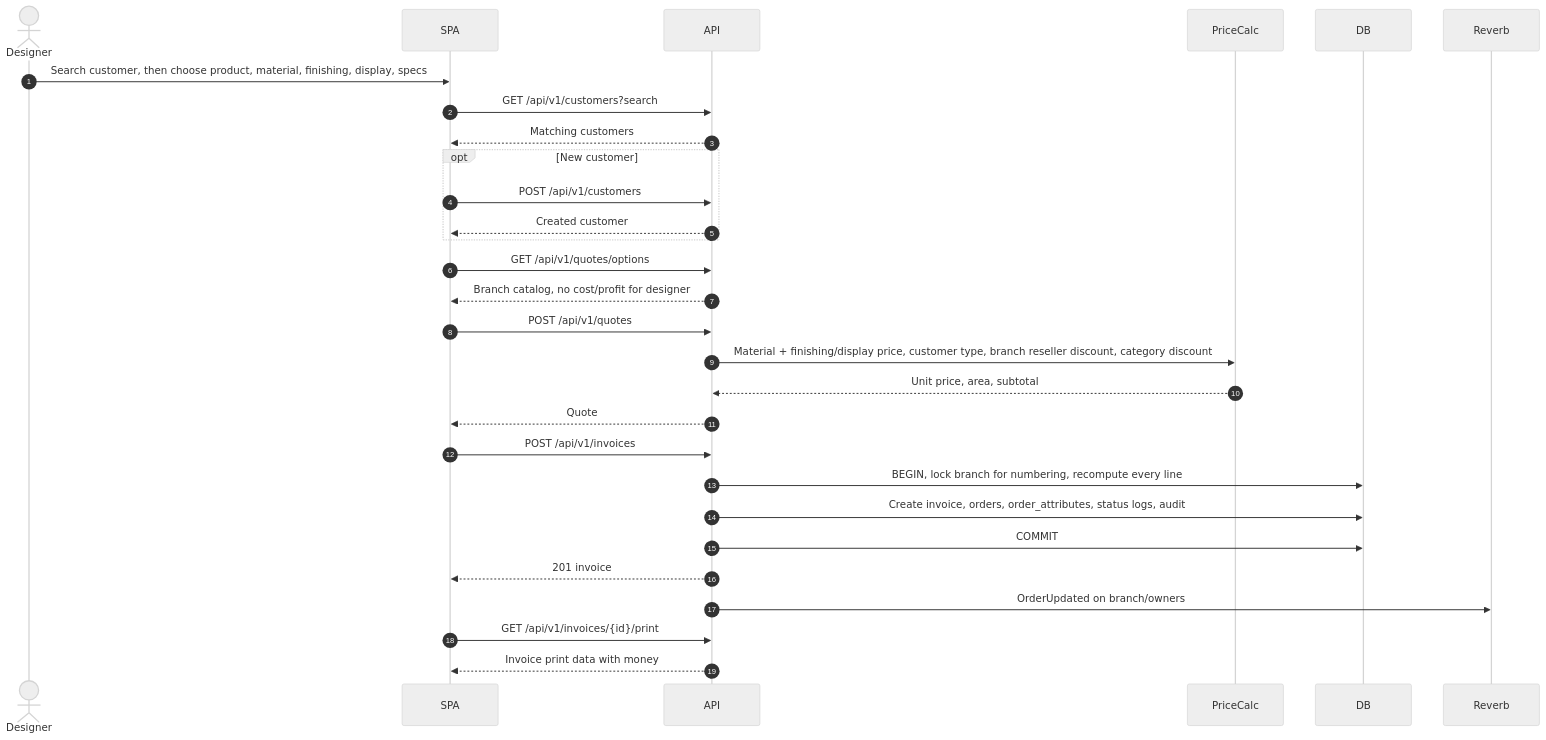
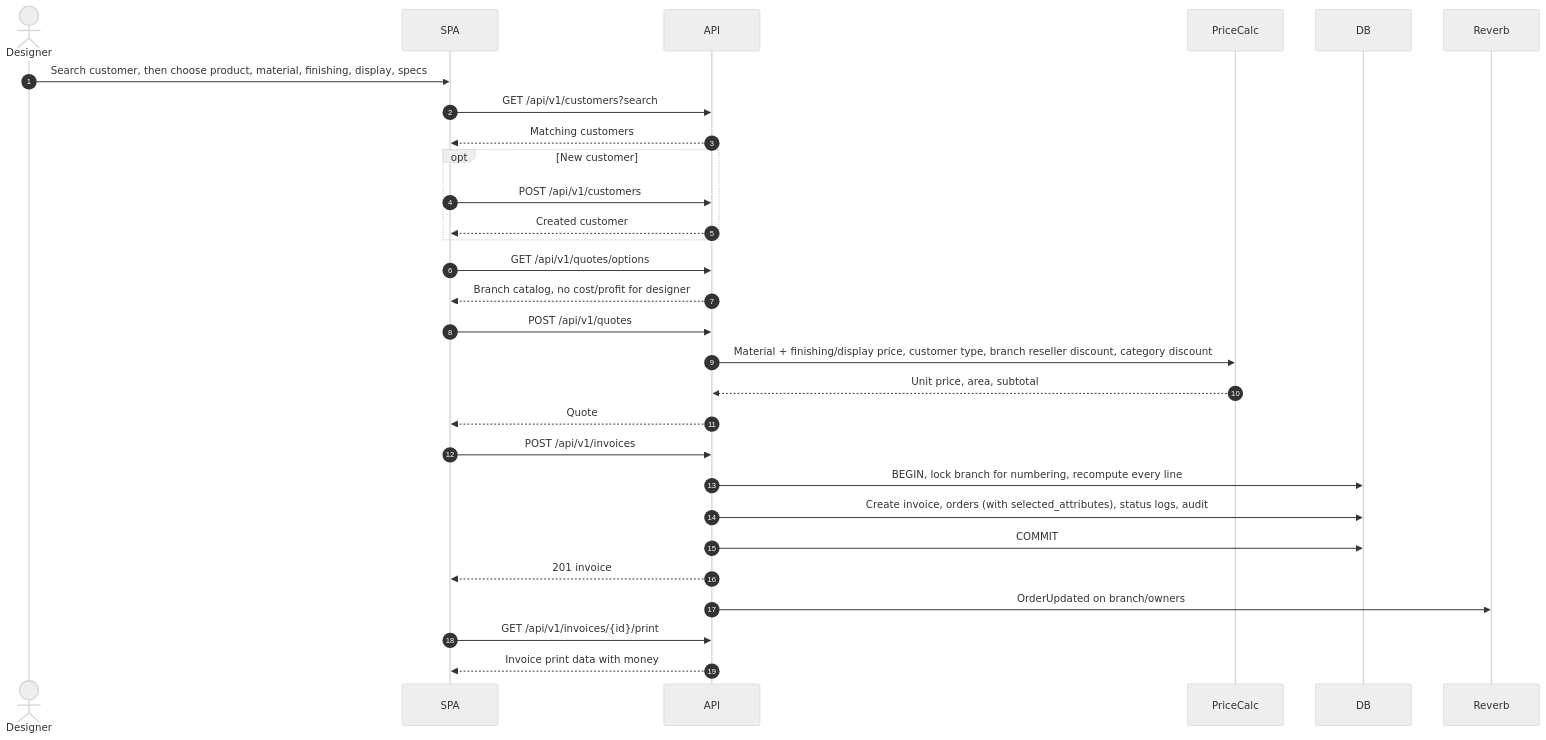
Before and after one commit to Arukast/pos_alja: the fifth of 22 diagrams in docs/architecture/sequence-diagrams.md, drawn with Mermaid (neutral theme). The commit also changed other lines of this file and 16 other files, not shown here.

````diff
--- a/docs/architecture/sequence-diagrams.md
+++ b/docs/architecture/sequence-diagrams.md
@@ -112,32 +112,32 @@
 ```mermaid
 sequenceDiagram
     autonumber
     actor D as Designer
     participant SPA
     participant API
     participant PriceCalc
     participant DB
     participant R as Reverb
 
     D->>SPA: Search customer, then choose product, material, finishing, display, specs
     SPA->>API: GET /api/v1/customers?search
     API-->>SPA: Matching customers
     opt New customer
         SPA->>API: POST /api/v1/customers
         API-->>SPA: Created customer
     end
     SPA->>API: GET /api/v1/quotes/options
     API-->>SPA: Branch catalog, no cost/profit for designer
     SPA->>API: POST /api/v1/quotes
     API->>PriceCalc: Material + finishing/display price, customer type, branch reseller discount, category discount
     PriceCalc-->>API: Unit price, area, subtotal
     API-->>SPA: Quote
     SPA->>API: POST /api/v1/invoices
     API->>DB: BEGIN, lock branch for numbering, recompute every line
-    API->>DB: Create invoice, orders, order_attributes, status logs, audit
+    API->>DB: Create invoice, orders (with selected_attributes), status logs, audit
     API->>DB: COMMIT
     API-->>SPA: 201 invoice
     API->>R: OrderUpdated on branch/owners
     SPA->>API: GET /api/v1/invoices/{id}/print
     API-->>SPA: Invoice print data with money
 ```
````
